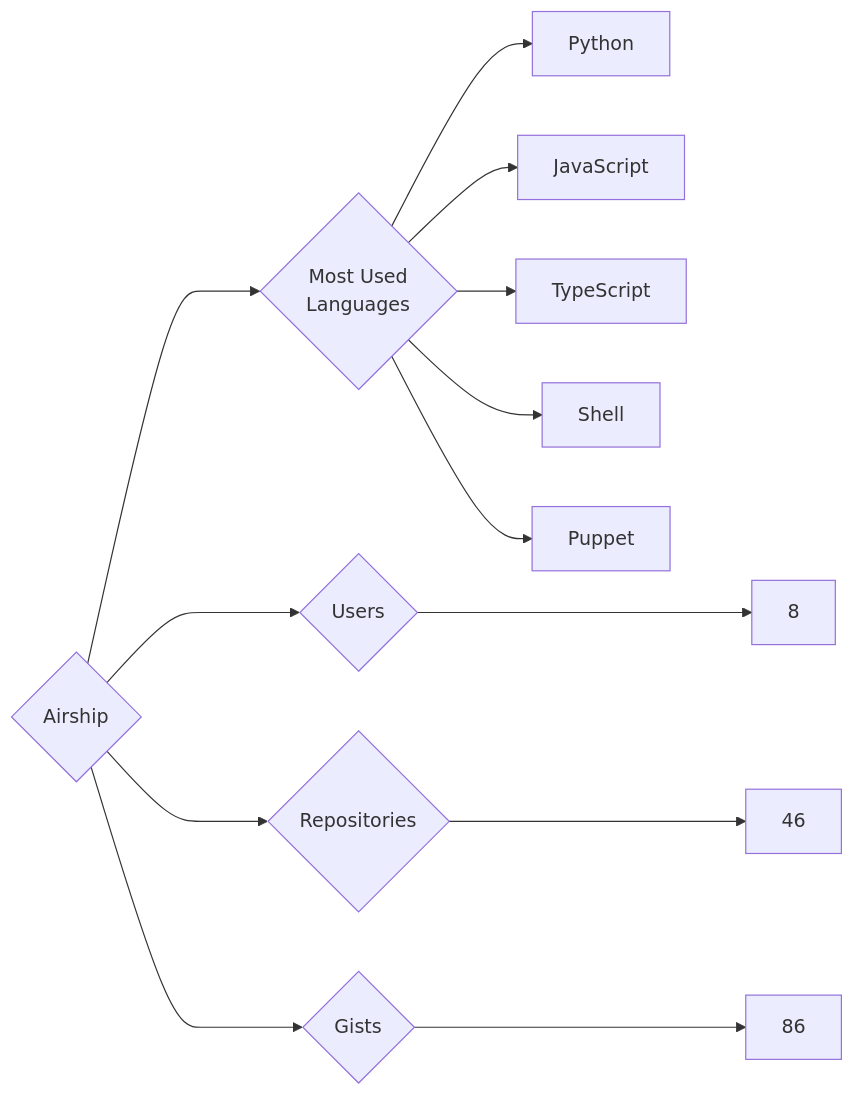
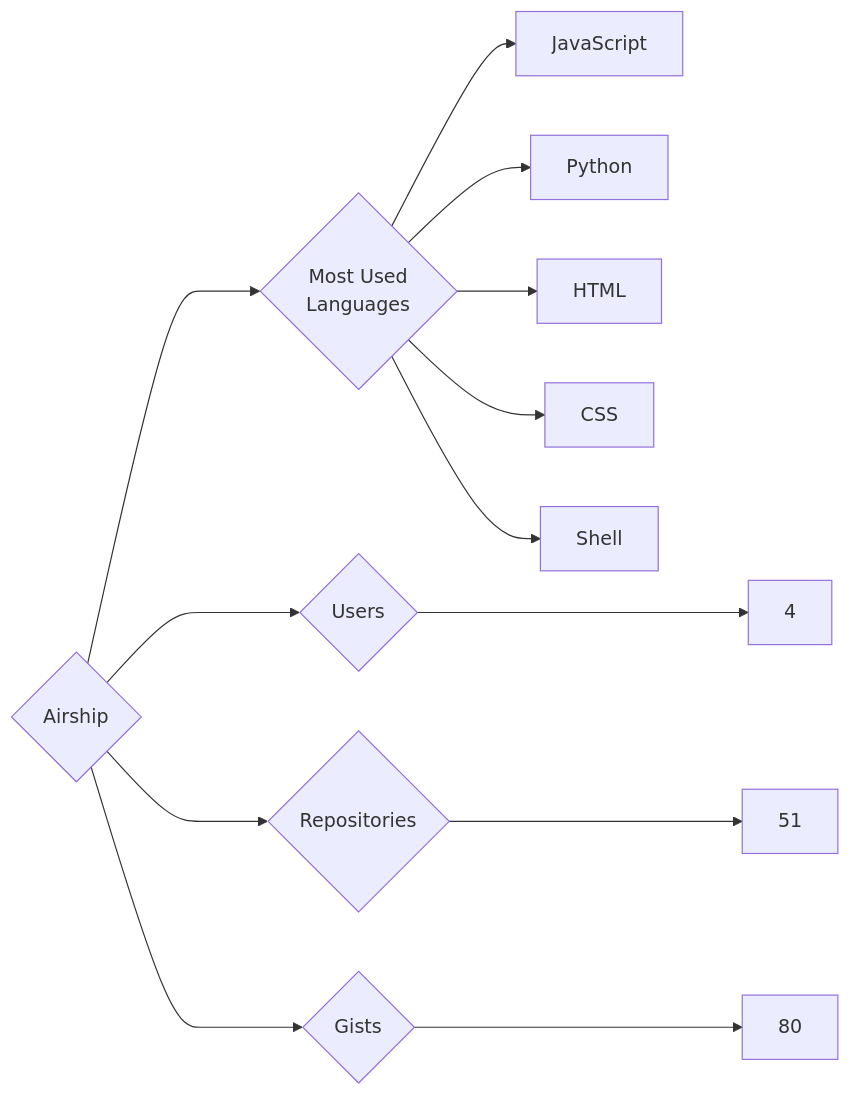
Before and after one commit to trickest/insiders: the diagram in targets/Airship/README.md, drawn with Mermaid. The commit also changed 1170 other files, not shown here.

````diff
--- a/targets/Airship/README.md
+++ b/targets/Airship/README.md
@@ -3,13 +3,13 @@
 ```mermaid
 graph LR
 COMPANY_NAME{Airship}
-COMPANY_NAME ---> U{Users} ---> UN[8]
-COMPANY_NAME ---> R{Repositories} ---> RN[46]
-COMPANY_NAME ---> G{Gists} ---> GN[86]
+COMPANY_NAME ---> U{Users} ---> UN[4]
+COMPANY_NAME ---> R{Repositories} ---> RN[51]
+COMPANY_NAME ---> G{Gists} ---> GN[80]
 COMPANY_NAME ---> ML{Most Used<br>Languages}
+ML --> JavaScript[JavaScript]
 ML --> Python[Python]
-ML --> JavaScript[JavaScript]
-ML --> TypeScript[TypeScript]
+ML --> HTML[HTML]
+ML --> CSS[CSS]
 ML --> Shell[Shell]
-ML --> Puppet[Puppet]
 ```
````
